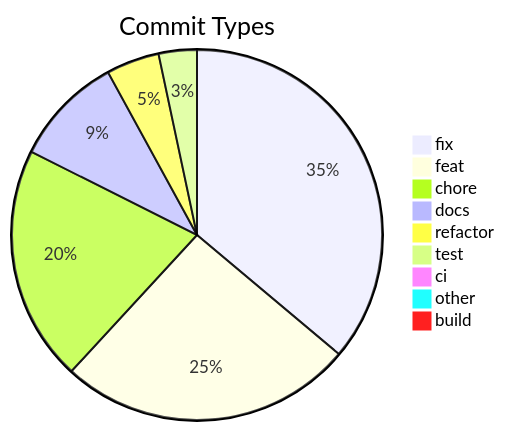
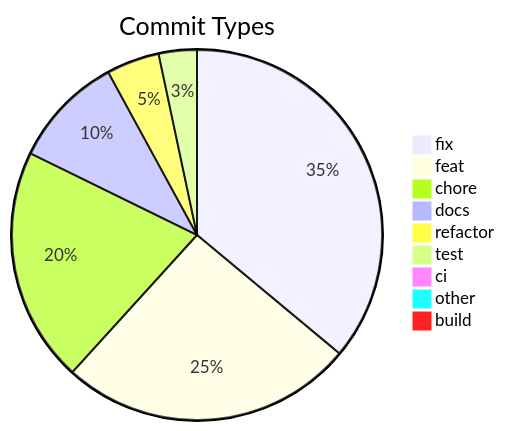
One commit to svenroth-ai/shipwright-webui changed the diagram in .shipwright/compliance/change-history.md. Above: the diagram before and after it, drawn with Mermaid. The commit also changed other lines of this file and 13 other files, not shown here.

````diff
--- a/.shipwright/compliance/change-history.md
+++ b/.shipwright/compliance/change-history.md
@@ -8,12 +8,12 @@
 ```mermaid
 pie title Commit Types
     "fix" : 195
     "feat" : 139
     "chore" : 111
-    "docs" : 52
+    "docs" : 53
     "refactor" : 25
     "test" : 18
     "ci" : 5
     "other" : 4
     "build" : 1
 ```
````
